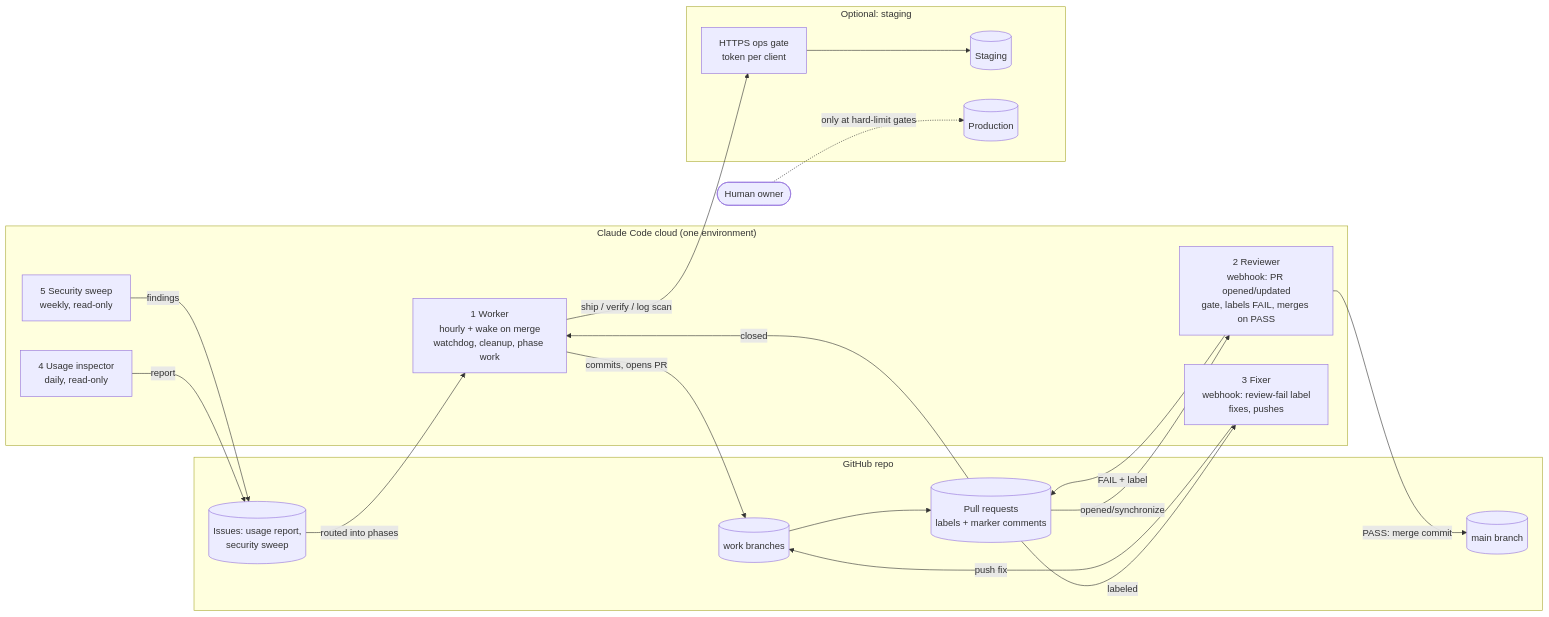
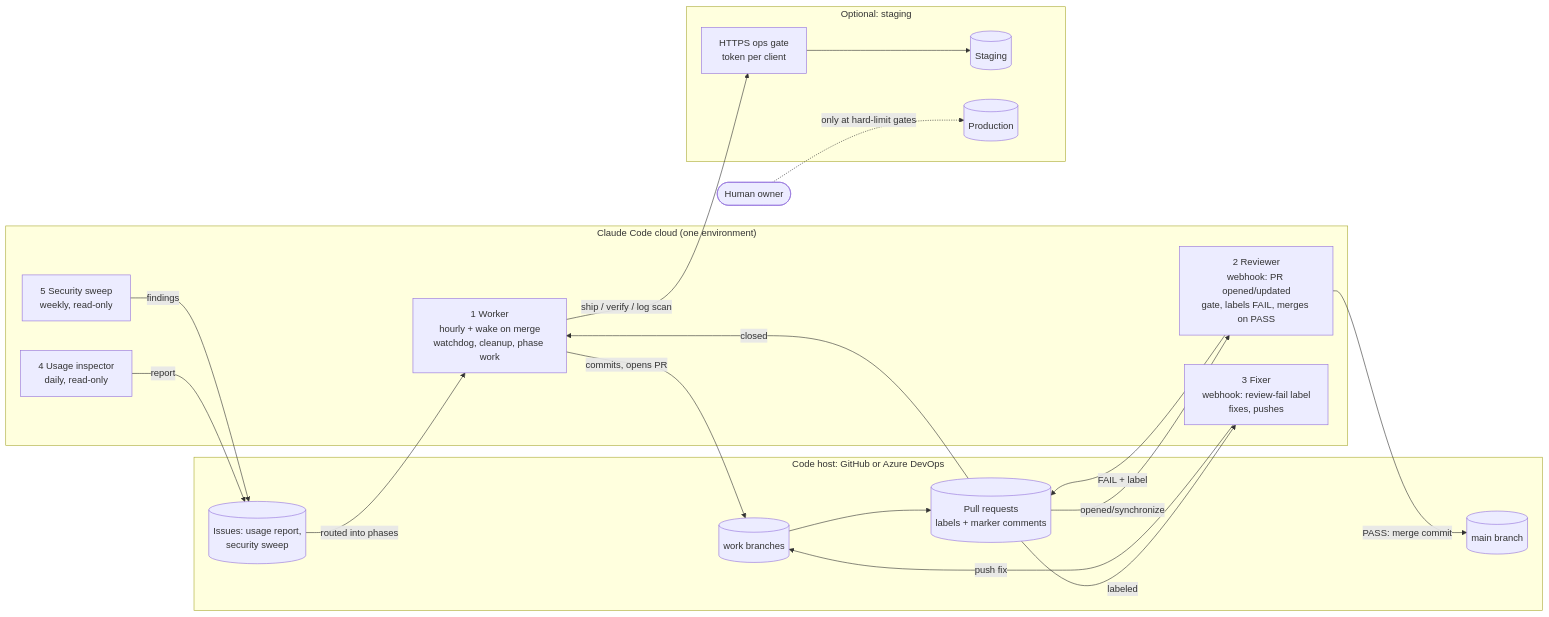
The first of 7 diagrams in plugins/autodeliver/skills/autonomous-delivery/references/playbook.md (Mgabr90/autonomous-delivery), drawn with Mermaid before and after one commit. The commit also changed other lines of this file and 20 other files, not shown here.

First line of the commit message:
autodeliver 0.5.0: Azure DevOps as a code host

````diff
--- a/plugins/autodeliver/skills/autonomous-delivery/references/playbook.md
+++ b/plugins/autodeliver/skills/autonomous-delivery/references/playbook.md
@@ -68,35 +70,35 @@
 ```mermaid
 flowchart LR
     H([Human owner])
     subgraph Cloud["Claude Code cloud (one environment)"]
         W[1 Worker<br/>hourly + wake on merge<br/>watchdog, cleanup, phase work]
         R[2 Reviewer<br/>webhook: PR opened/updated<br/>gate, labels FAIL, merges on PASS]
         F[3 Fixer<br/>webhook: review-fail label<br/>fixes, pushes]
         U[4 Usage inspector<br/>daily, read-only]
         S[5 Security sweep<br/>weekly, read-only]
     end
-    subgraph GH["GitHub repo"]
+    subgraph GH["Code host: GitHub or Azure DevOps"]
         B[(work branches)]
         PR[(Pull requests<br/>labels + marker comments)]
         MAIN[(main branch)]
         I[(Issues: usage report,<br/>security sweep)]
     end
     subgraph ENV["Optional: staging"]
         G[HTTPS ops gate<br/>token per client]
         STG[(Staging)]
         PROD[(Production)]
     end
     W -- commits, opens PR --> B
     B --> PR
     PR -- opened/synchronize --> R
     R -- FAIL + label --> PR
     PR -- labeled --> F
     F -- push fix --> B
     R -- PASS: merge commit --> MAIN
     PR -- closed --> W
     W -- ship / verify / log scan --> G --> STG
     U -- report --> I
     S -- findings --> I
     I -- routed into phases --> W
     H -. only at hard-limit gates .-> PROD
 ```
````
